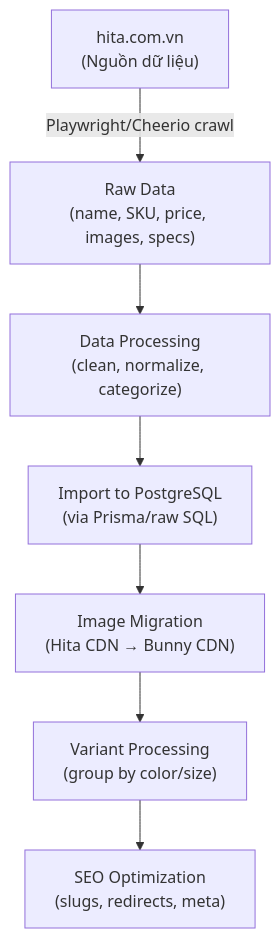
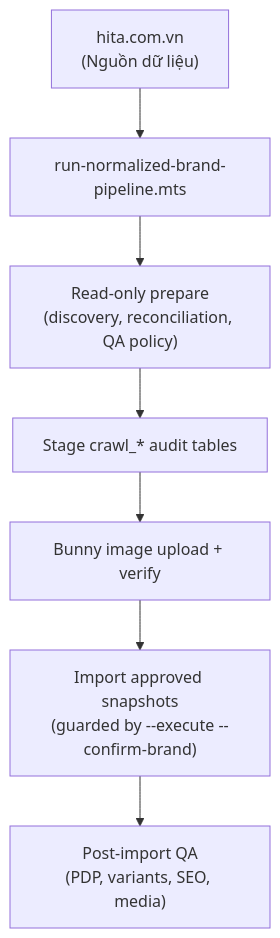
The sixth of 6 diagrams in docs/HANDOVER.md (tranhuunguyenhuy-hue/dongphugia.com.vn), drawn with Mermaid before and after one commit. The commit also changed other lines of this file and 113 other files, not shown here.

Commit message:
chore(catalog): consolidate normalized pipeline and archive legacy crawlers

````diff
--- a/docs/HANDOVER.md
+++ b/docs/HANDOVER.md
@@ -679,9 +683,9 @@
 ```mermaid
 flowchart TD
-    A["hita.com.vn<br/>(Nguồn dữ liệu)"] -->|Playwright/Cheerio crawl| B["Raw Data<br/>(name, SKU, price, images, specs)"]
-    B --> C["Data Processing<br/>(clean, normalize, categorize)"]
-    C --> D["Import to PostgreSQL<br/>(via Prisma/raw SQL)"]
-    D --> E["Image Migration<br/>(Hita CDN → Bunny CDN)"]
-    E --> F["Variant Processing<br/>(group by color/size)"]
-    F --> G["SEO Optimization<br/>(slugs, redirects, meta)"]
+    A["hita.com.vn<br/>(Nguồn dữ liệu)"] --> B["run-normalized-brand-pipeline.mts"]
+    B --> C["Read-only prepare<br/>(discovery, reconciliation, QA policy)"]
+    C --> D["Stage crawl_* audit tables"]
+    D --> E["Bunny image upload + verify"]
+    E --> F["Import approved snapshots<br/>(guarded by --execute --confirm-brand)"]
+    F --> G["Post-import QA<br/>(PDP, variants, SEO, media)"]
 ```
````
